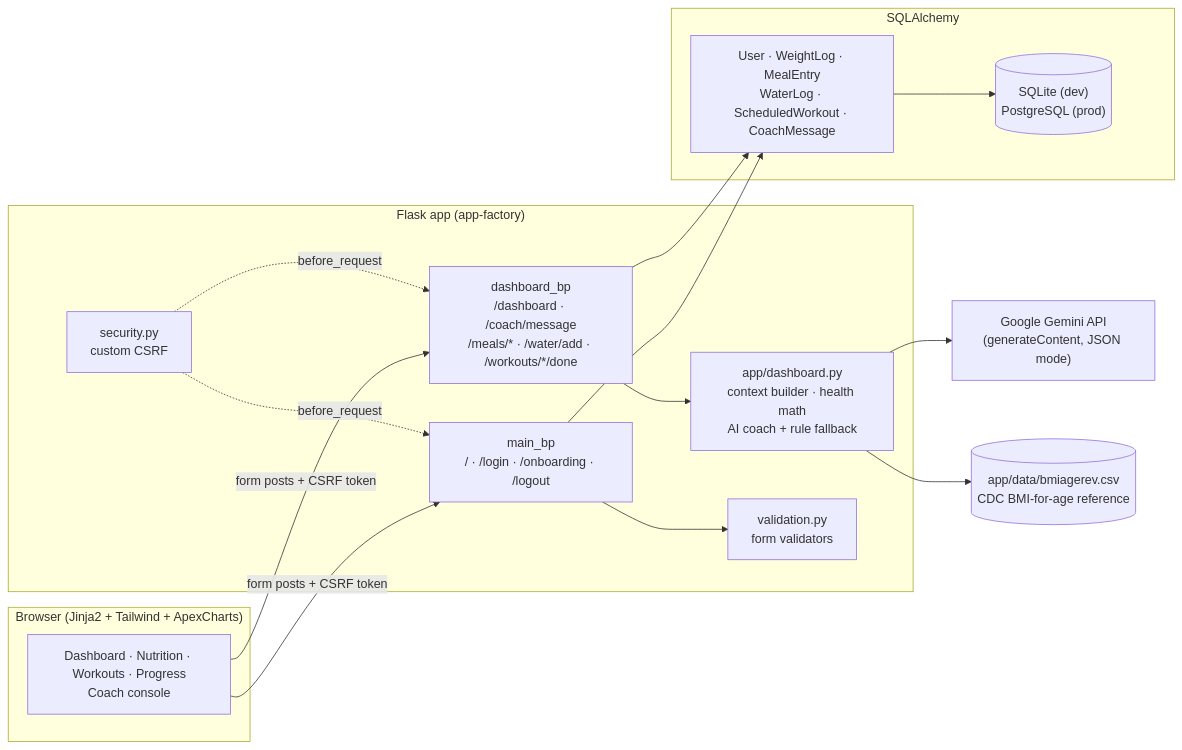
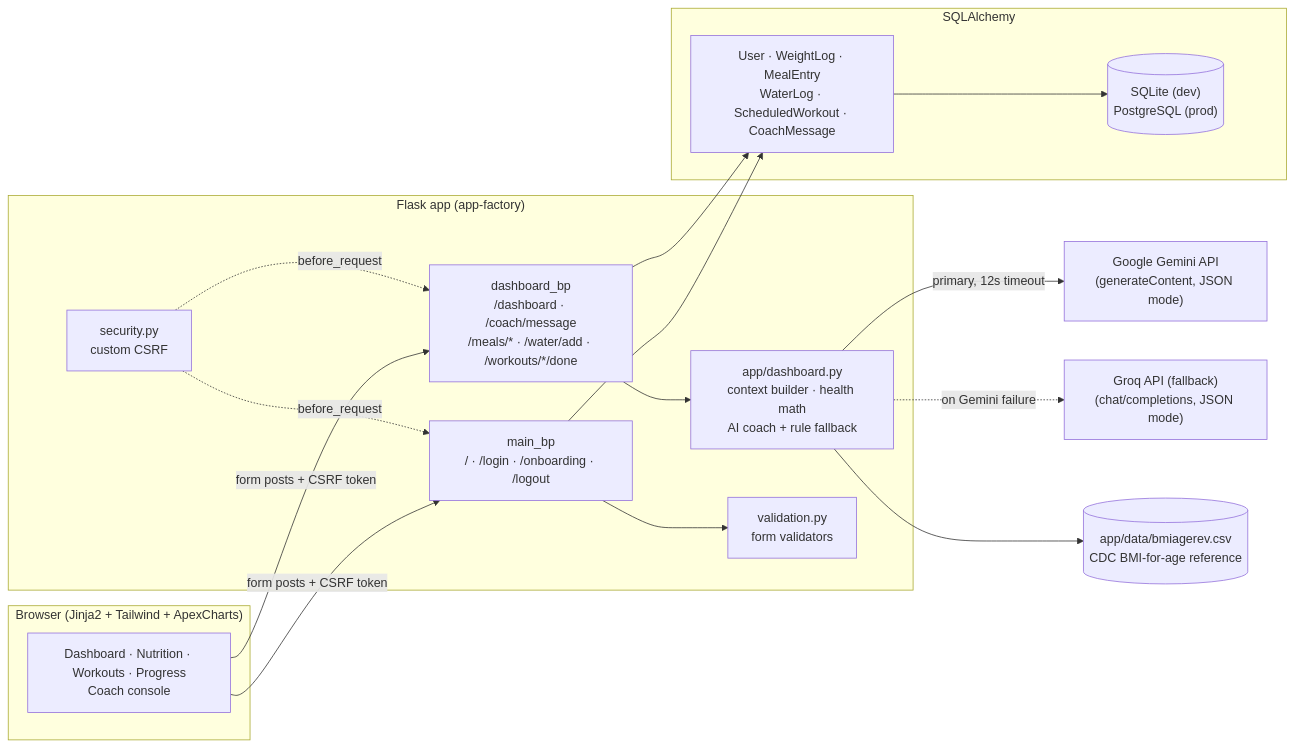
The diagram in README.md (syncmee/fit-X), drawn with Mermaid before and after one commit. The commit also changed other lines of this file, not shown here.

Commit message:
Document the Groq fallback, estimation behavior, and gunicorn config

````diff
--- a/README.md
+++ b/README.md
@@ -131,34 +131,36 @@
 ```mermaid
 flowchart LR
     subgraph Browser["Browser (Jinja2 + Tailwind + ApexCharts)"]
         UI["Dashboard · Nutrition · Workouts · Progress<br/>Coach console"]
     end
 
     subgraph Flask["Flask app (app-factory)"]
         BP1["main_bp<br/>/ · /login · /onboarding · /logout"]
         BP2["dashboard_bp<br/>/dashboard · /coach/message<br/>/meals/* · /water/add · /workouts/*/done"]
         CORE["app/dashboard.py<br/>context builder · health math<br/>AI coach + rule fallback"]
         SEC["security.py<br/>custom CSRF"]
         VAL["validation.py<br/>form validators"]
     end
 
     subgraph Data["SQLAlchemy"]
         DB[("SQLite (dev)<br/>PostgreSQL (prod)")]
         MODELS["User · WeightLog · MealEntry<br/>WaterLog · ScheduledWorkout · CoachMessage"]
     end
 
     GEMINI["Google Gemini API<br/>(generateContent, JSON mode)"]
+    GROQ["Groq API (fallback)<br/>(chat/completions, JSON mode)"]
     CSV[("app/data/bmiagerev.csv<br/>CDC BMI-for-age reference")]
 
     UI -->|form posts + CSRF token| BP1
     UI -->|form posts + CSRF token| BP2
     BP1 --> VAL
     BP2 --> CORE
-    CORE --> GEMINI
+    CORE -->|primary, 12s timeout| GEMINI
+    CORE -.->|on Gemini failure| GROQ
     CORE --> CSV
     BP1 --> MODELS
     BP2 --> MODELS
     MODELS --> DB
     SEC -.->|before_request| BP1
     SEC -.->|before_request| BP2
 ```
````
